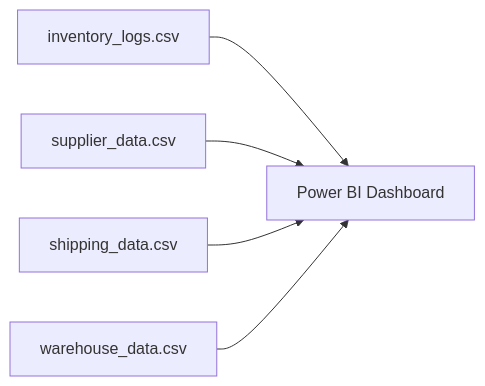
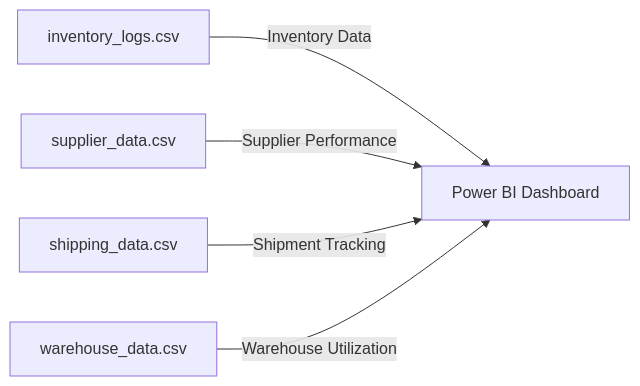
Before and after one commit to ArpiCodes/Supply-Chain-Inventory-Optimization-Dashboard: the diagram in README.md, drawn with Mermaid.

````diff
--- a/README.md
+++ b/README.md
@@ -276,7 +276,8 @@
 ```mermaid
 graph LR
-    A[inventory_logs.csv] --> E[Power BI Dashboard]
-    B[supplier_data.csv] --> E
-    C[shipping_data.csv] --> E
-    D[warehouse_data.csv] --> E
+    A[inventory_logs.csv] -- Inventory Data --> E[Power BI Dashboard]
+    B[supplier_data.csv] -- Supplier Performance --> E
+    C[shipping_data.csv] -- Shipment Tracking --> E
+    D[warehouse_data.csv] -- Warehouse Utilization --> E
+
 ```
````
